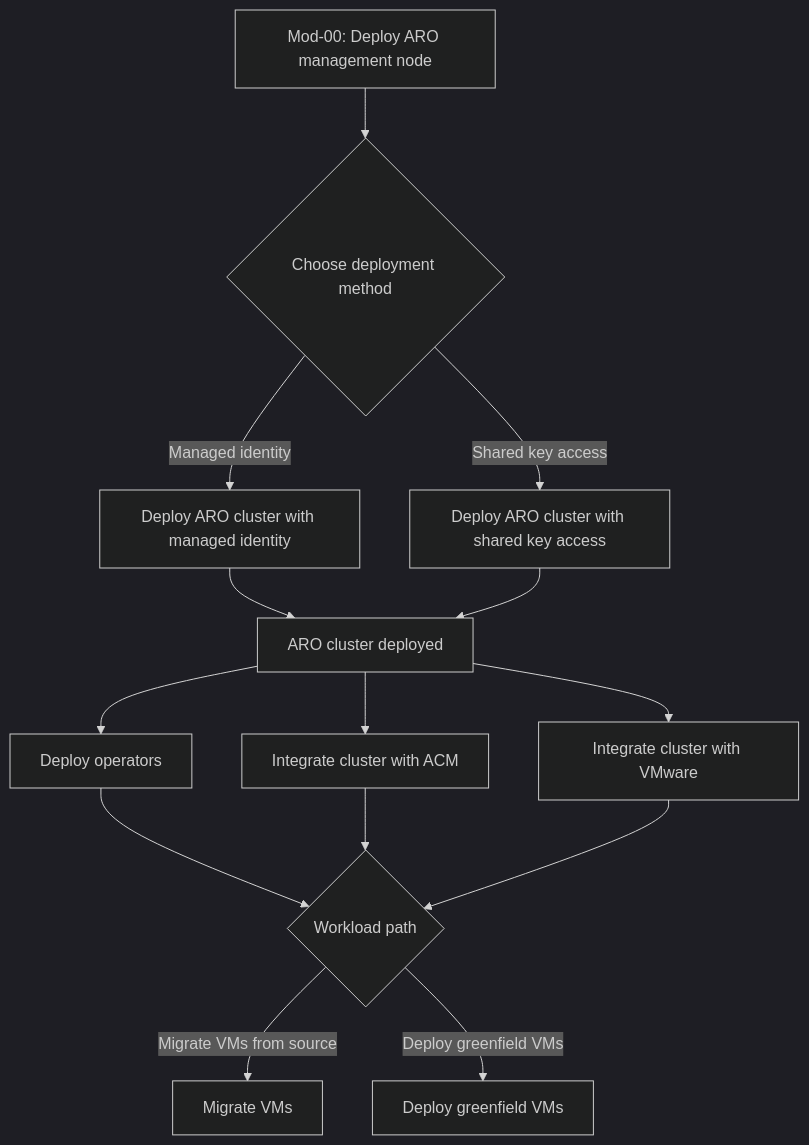
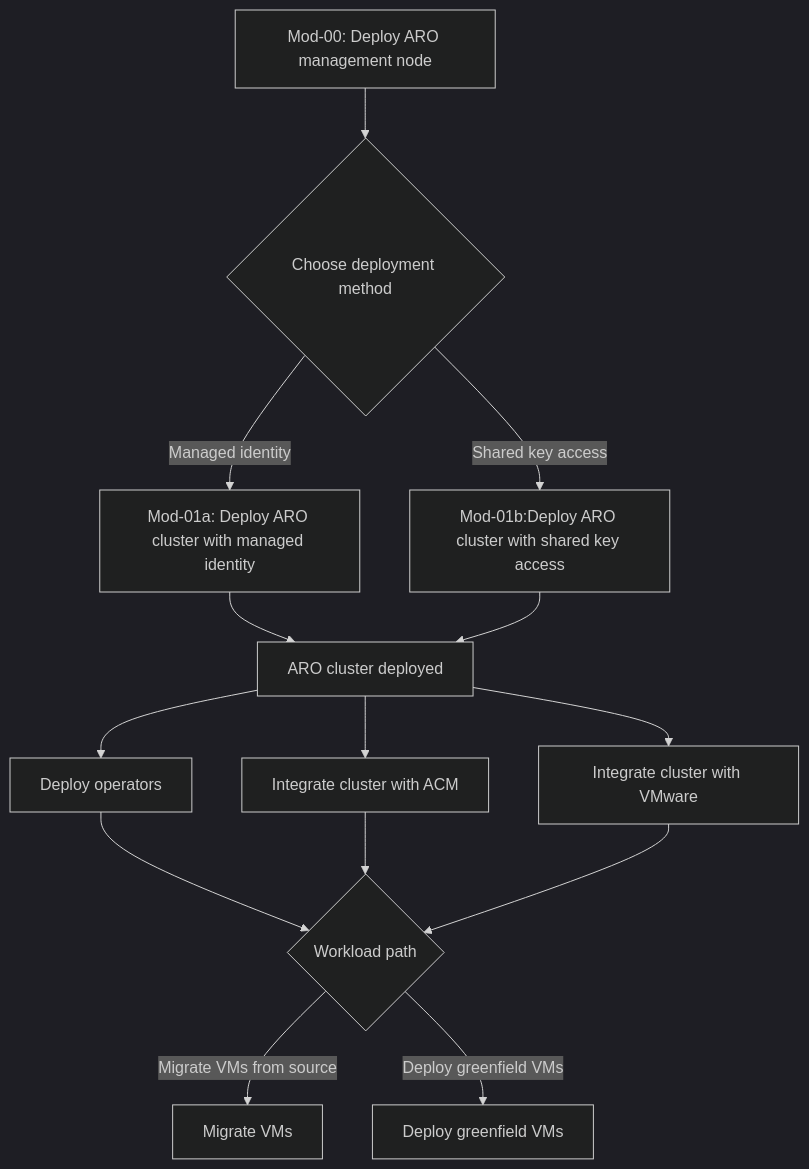
The diagram in README.md (heisthesisko/Azure_RedHat_OpenShift_Virtualization), drawn with Mermaid (dark theme) before and after one commit.

Commit message:
fix: update module references in ARO management node deployment flowchart

````diff
--- a/README.md
+++ b/README.md
@@ -12,23 +12,23 @@
 ```mermaid
 flowchart
  A[Mod-00: Deploy ARO management node] --> B{Choose deployment method}
 
-  B -->|Managed identity| C[Deploy ARO cluster with managed identity]
-  B -->|Shared key access| D[Deploy ARO cluster with shared key access]
+  B -->|Managed identity| C[Mod-01a: Deploy ARO cluster with managed identity]
+  B -->|Shared key access| D[Mod-01b:Deploy ARO cluster with shared key access]
 
   C --> E[ARO cluster deployed]
   D --> E
 
   %% Post-deploy actions (can be done in parallel)
   E --> F[Deploy operators]
   E --> G[Integrate cluster with ACM]
   E --> H[Integrate cluster with VMware]
 
   %% Workload path after post-deploy setup
   F --> I{Workload path}
   G --> I
   H --> I
 
   I -->|Migrate VMs from source| J[Migrate VMs]
   I -->|Deploy greenfield VMs| K[Deploy greenfield VMs]
 ```
````
